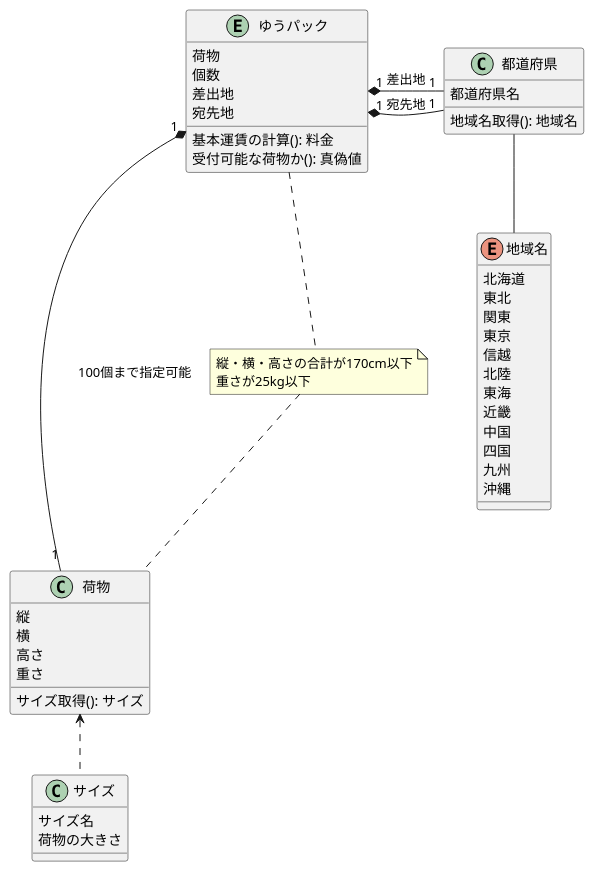
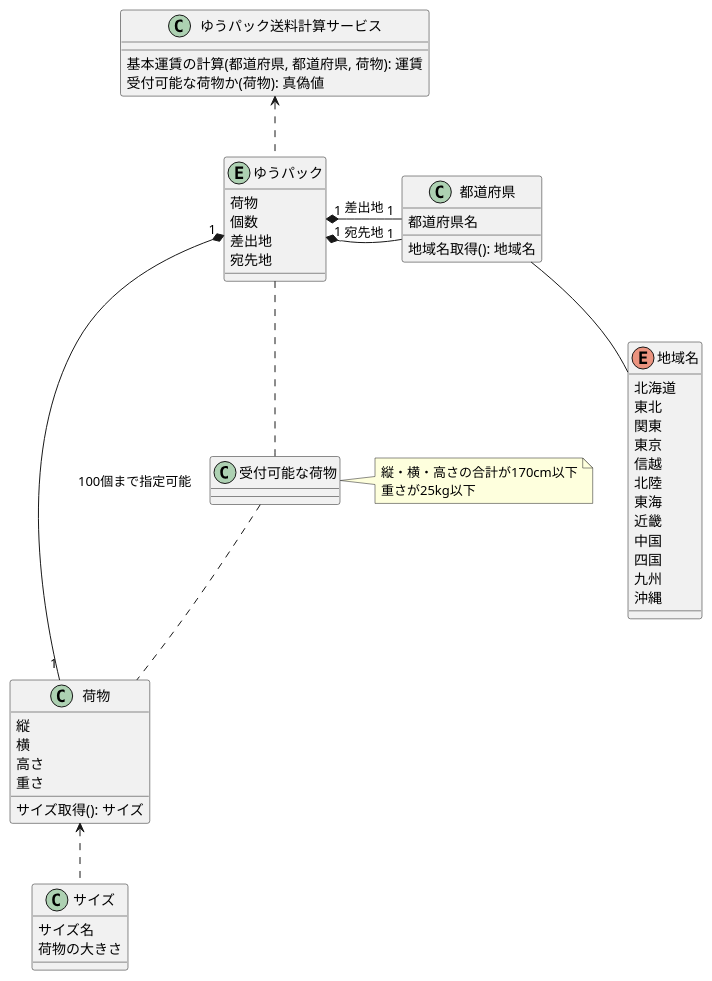
One commit to K0K1-0928/20230817_traning changed the diagram in document/domain-model.pu. Above: the diagram before and after it, drawn with PlantUML.

Commit message:
サービス切り出し

```diff
--- a/document/domain-model.pu
+++ b/document/domain-model.pu
@@ -1,54 +1,62 @@
 @startuml domain-model
+
 entity ゆうパック {
     荷物
     個数
     差出地
     宛先地
-    基本運賃の計算(): 料金
-    受付可能な荷物か(): 真偽値
+}
+
+class ゆうパック送料計算サービス {
+    基本運賃の計算(都道府県, 都道府県, 荷物): 運賃
+    受付可能な荷物か(荷物): 真偽値
 }
 
 class 荷物 {
     縦
     横
     高さ
     重さ
     サイズ取得(): サイズ
 }
 
 class サイズ {
     サイズ名
     荷物の大きさ
 }
 
-note "縦・横・高さの合計が170cm以下\n重さが25kg以下" as 受付可能な荷物
+class 受付可能な荷物
+
+note "縦・横・高さの合計が170cm以下\n重さが25kg以下" as 荷物仕様
 
 class 都道府県 {
     都道府県名
     地域名取得(): 地域名
 }
 
 enum 地域名 {
     北海道
     東北
     関東
     東京
     信越
     北陸
     東海
     近畿
     中国
     四国
     九州
     沖縄
 }
 
+ゆうパック送料計算サービス <.. ゆうパック
 ゆうパック "1" *- "1" 荷物 : 100個まで指定可能
 荷物 <.. サイズ
 ゆうパック .. 受付可能な荷物
+受付可能な荷物 <- 荷物仕様
 受付可能な荷物 .. 荷物
 ゆうパック "1" *- "1" 都道府県 : 差出地
 ゆうパック "1" *- "1" 都道府県 : 宛先地
 都道府県 -- 地域名
 
 @enduml
```
